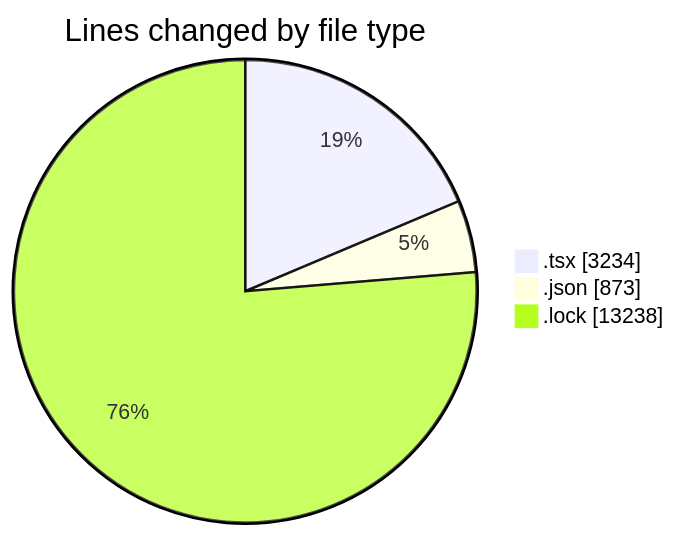
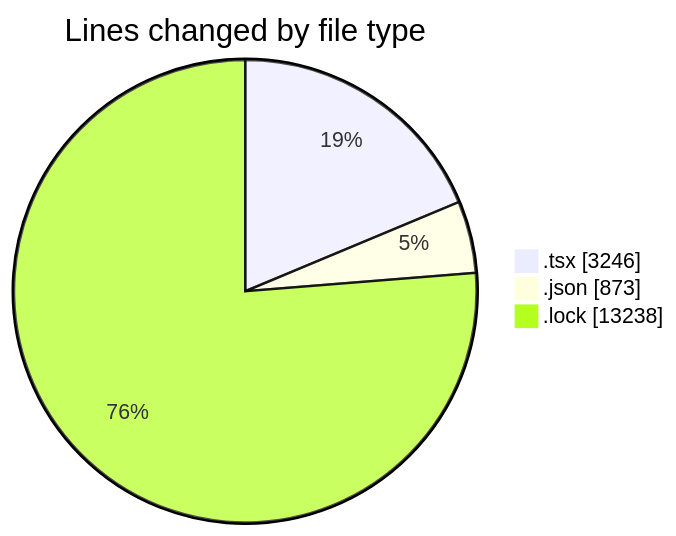
Before and after one commit to momahboobian/code-tracking: the first of 2 diagrams in 2026-01-09/cda/README.md, drawn with Mermaid. The commit also changed other lines of this file and 1 other file, not shown here.

````diff
--- a/2026-01-09/cda/README.md
+++ b/2026-01-09/cda/README.md
@@ -26,7 +26,7 @@
 ```mermaid
 pie showData
 title Lines changed by file type
-".tsx" : 3234
+".tsx" : 3246
 ".json" : 873
 ".lock" : 13238
 ```
````
